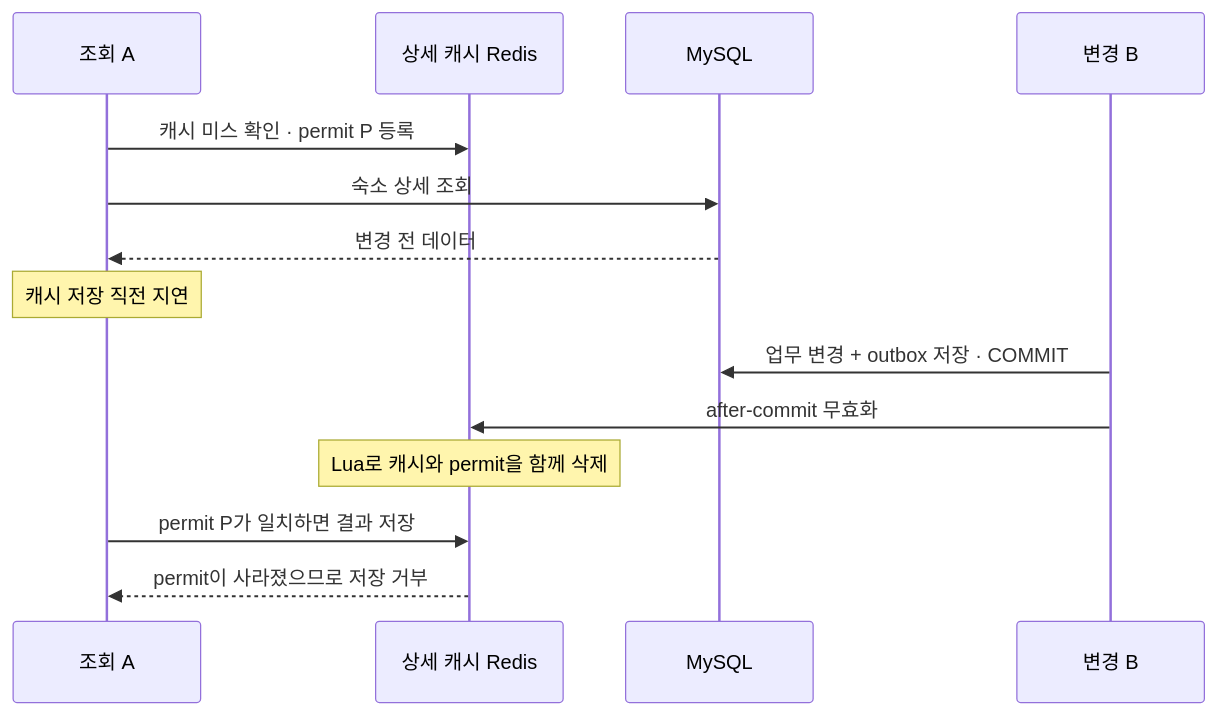
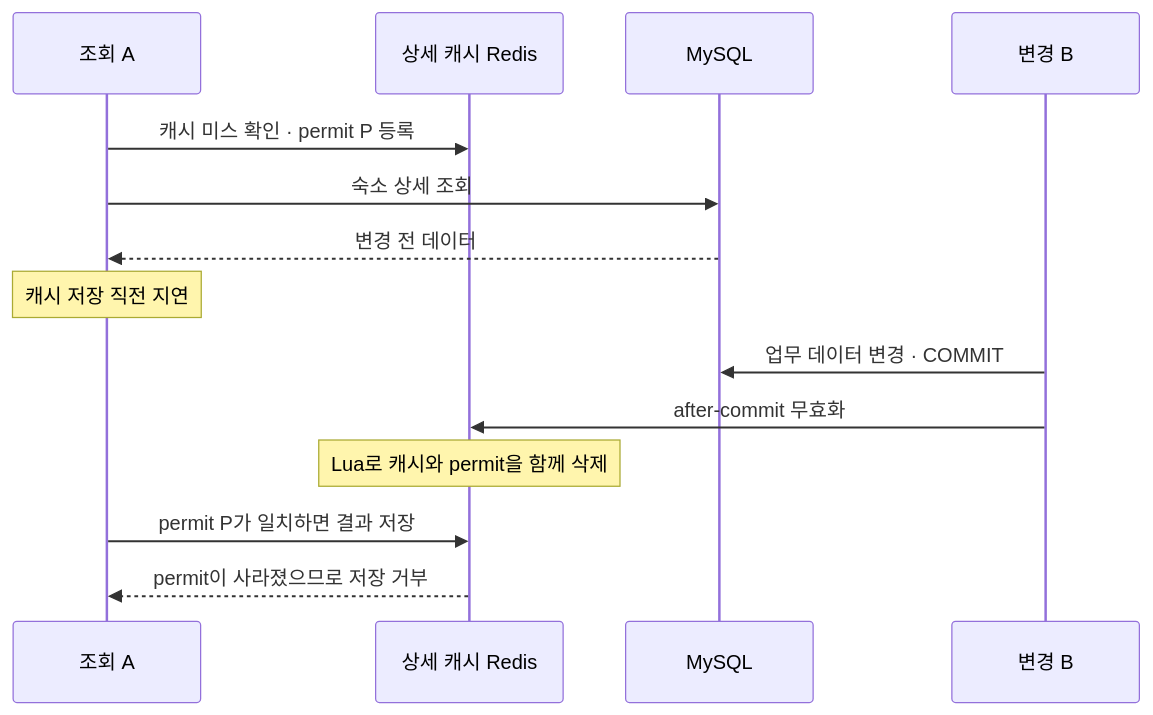
Before and after one commit to eeoos/airbob: the fourth of 7 diagrams in README.md, drawn with Mermaid. The commit also changed other lines of this file, not shown here.

````diff
--- a/README.md
+++ b/README.md
@@ -165,19 +120,19 @@
 ```mermaid
 sequenceDiagram
     participant A as 조회 A
     participant R as 상세 캐시 Redis
     participant DB as MySQL
     participant B as 변경 B
 
     A->>R: 캐시 미스 확인 · permit P 등록
     A->>DB: 숙소 상세 조회
     DB-->>A: 변경 전 데이터
     Note over A: 캐시 저장 직전 지연
 
-    B->>DB: 업무 변경 + outbox 저장 · COMMIT
+    B->>DB: 업무 데이터 변경 · COMMIT
     B->>R: after-commit 무효화
     Note over R: Lua로 캐시와 permit을 함께 삭제
 
     A->>R: permit P가 일치하면 결과 저장
     R-->>A: permit이 사라졌으므로 저장 거부
 ```
````
